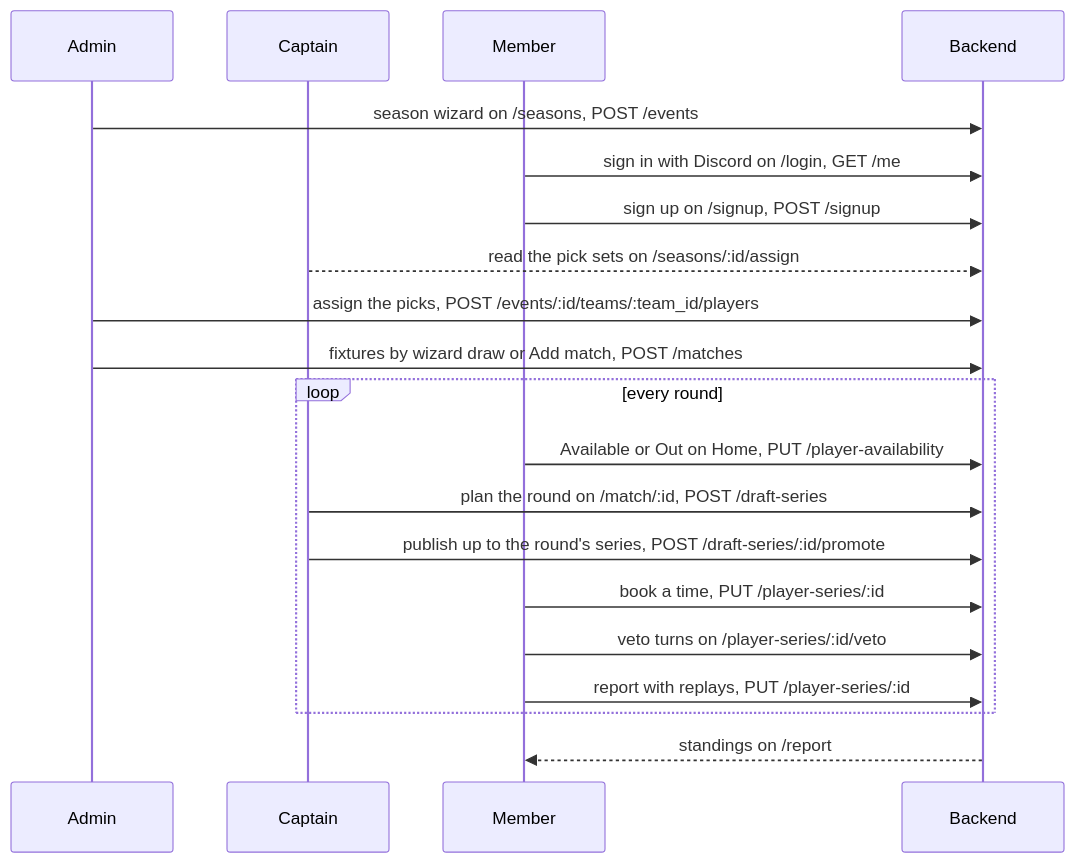
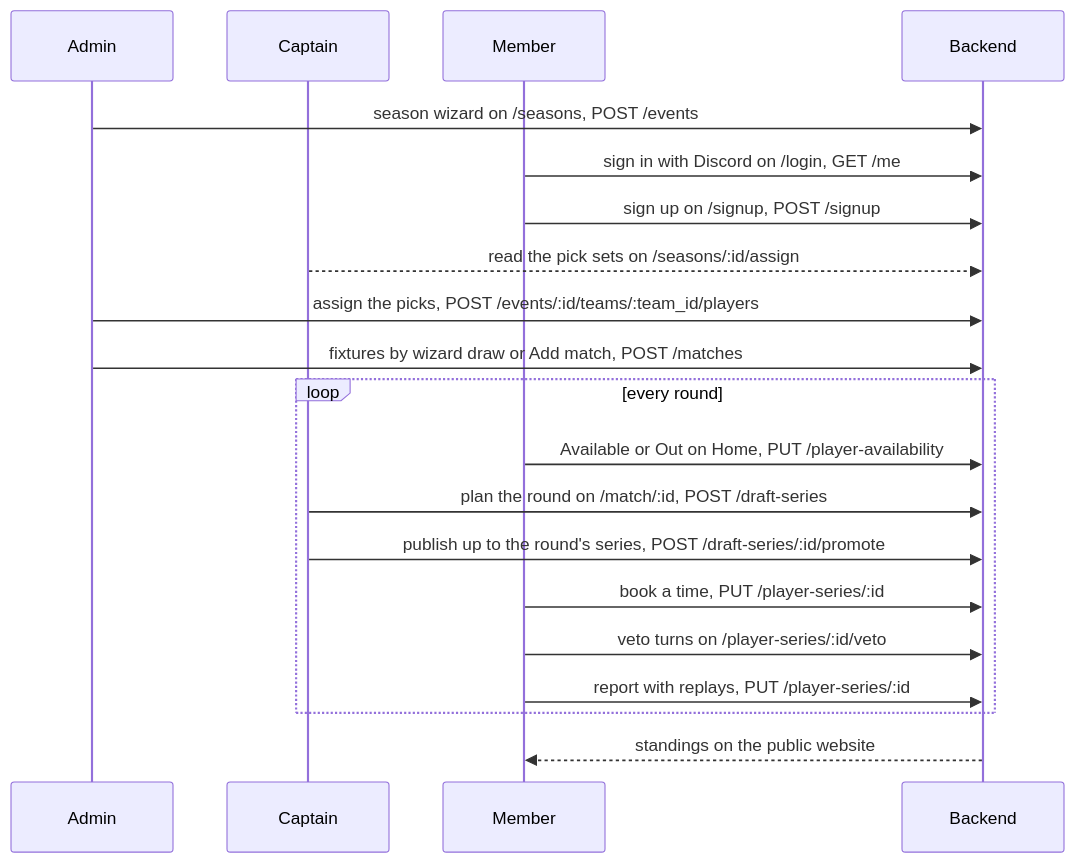
Before and after one commit to Warcraft-Gym/wc3-gym-frontend: the diagram in docs/okf/flows/gnl-season-for-a-member.md, drawn with Mermaid. The commit also changed other lines of this file and 35 other files, not shown here.

````diff
--- a/docs/okf/flows/gnl-season-for-a-member.md
+++ b/docs/okf/flows/gnl-season-for-a-member.md
@@ -52,22 +52,22 @@
 ```mermaid
 sequenceDiagram
     participant Admin
     participant Captain
     participant Member
     participant Backend
     Admin->>Backend: season wizard on /seasons, POST /events
     Member->>Backend: sign in with Discord on /login, GET /me
     Member->>Backend: sign up on /signup, POST /signup
     Captain-->>Backend: read the pick sets on /seasons/:id/assign
     Admin->>Backend: assign the picks, POST /events/:id/teams/:team_id/players
     Admin->>Backend: fixtures by wizard draw or Add match, POST /matches
     loop every round
         Member->>Backend: Available or Out on Home, PUT /player-availability
         Captain->>Backend: plan the round on /match/:id, POST /draft-series
         Captain->>Backend: publish up to the round's series, POST /draft-series/:id/promote
         Member->>Backend: book a time, PUT /player-series/:id
         Member->>Backend: veto turns on /player-series/:id/veto
         Member->>Backend: report with replays, PUT /player-series/:id
     end
-    Backend-->>Member: standings on /report
+    Backend-->>Member: standings on the public website
 ```
````
